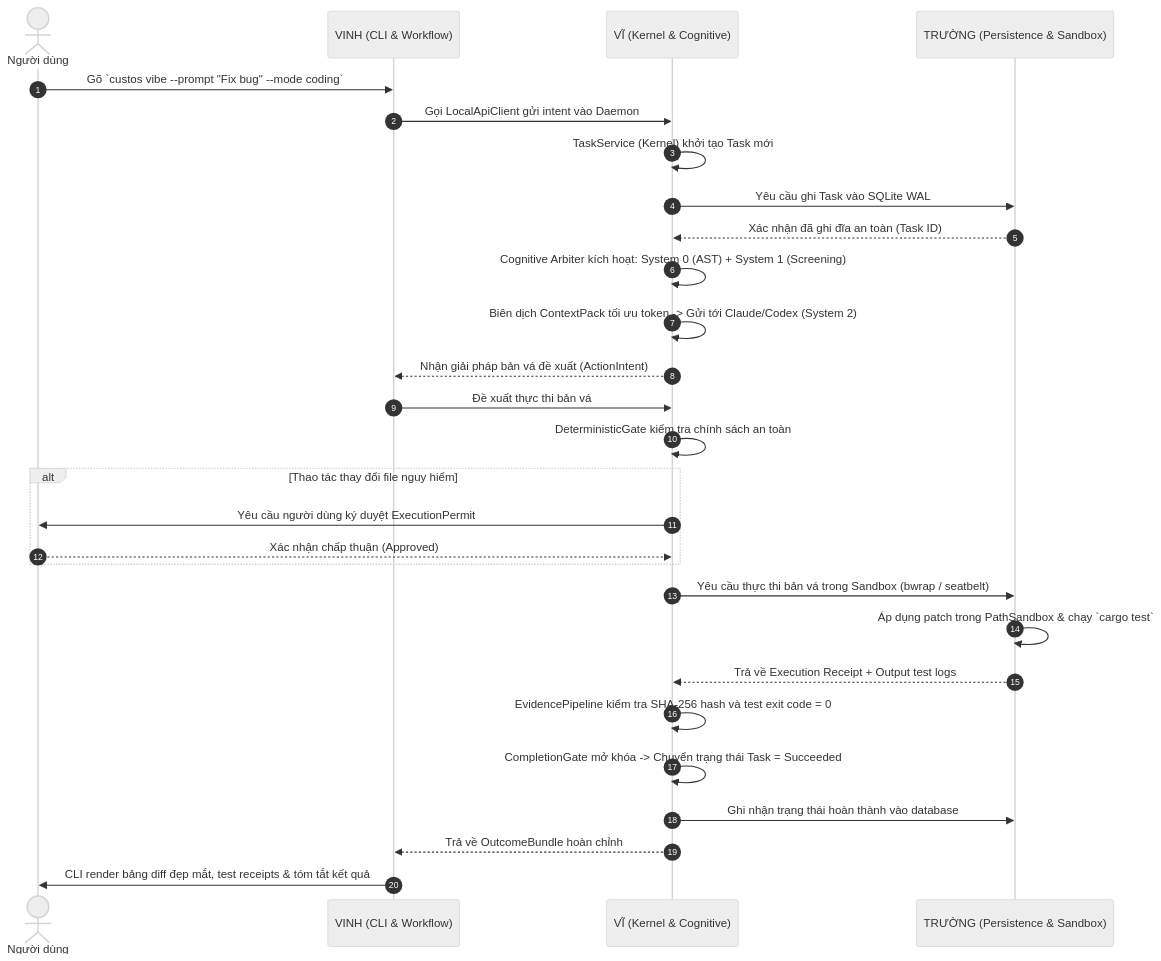
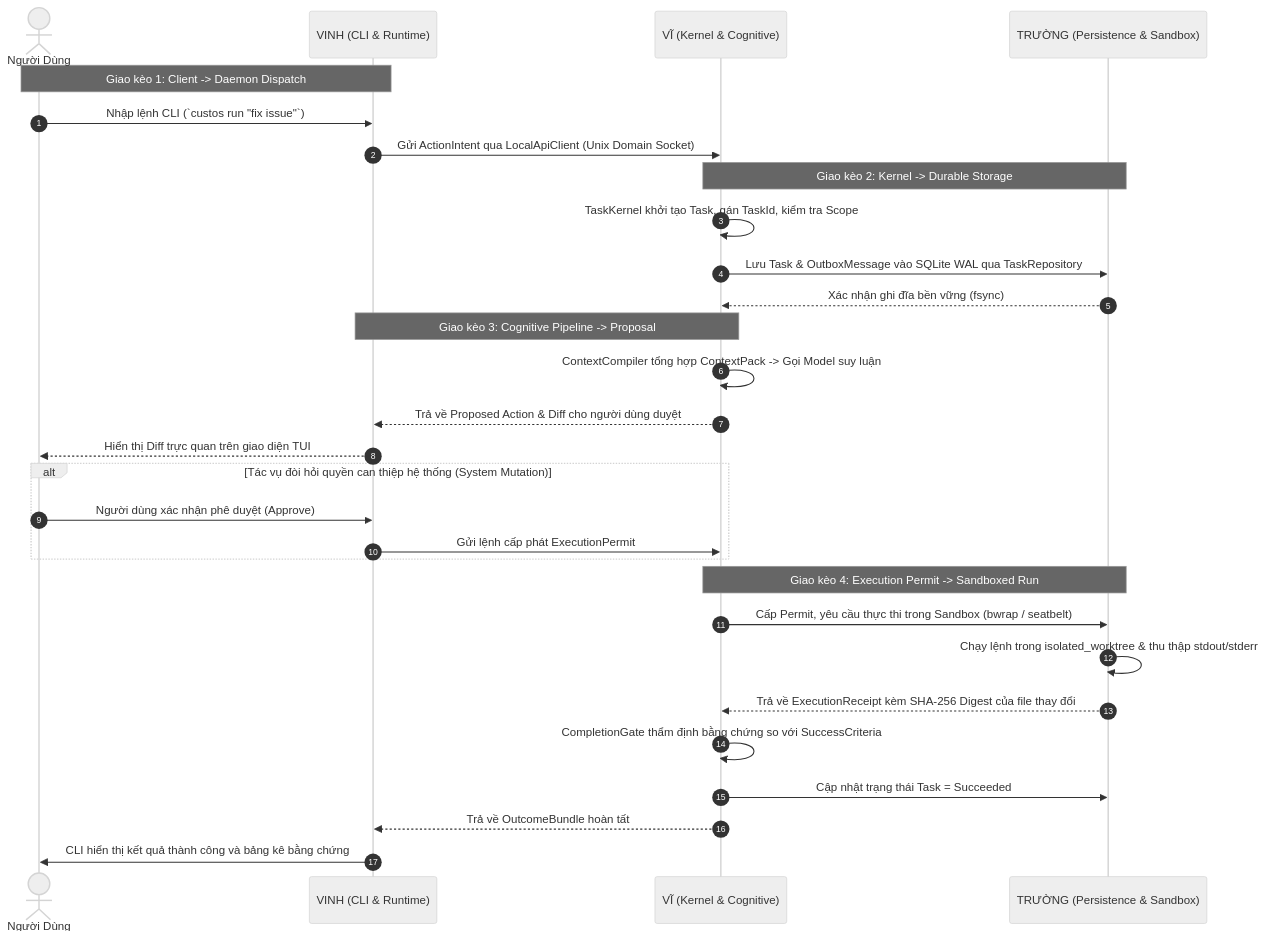
Before and after one commit to civi0411/Custos: the diagram in dev_docs/TEAM_WORK_ALLOCATION.md, drawn with Mermaid (neutral theme). The commit also changed other lines of this file and 11 other files, not shown here.

````diff
--- a/dev_docs/TEAM_WORK_ALLOCATION.md
+++ b/dev_docs/TEAM_WORK_ALLOCATION.md
@@ -136,36 +106,37 @@
 ```mermaid
 sequenceDiagram
     autonumber
-    actor User as Người dùng
-    participant Vinh as VINH (CLI & Workflow)
+    actor User as Người Dùng
+    participant Vinh as VINH (CLI & Runtime)
     participant Vi as VĨ (Kernel & Cognitive)
     participant Truong as TRƯỜNG (Persistence & Sandbox)
 
-    User->>Vinh: Gõ `custos vibe --prompt "Fix bug" --mode coding`
-    Vinh->>Vi: Gọi LocalApiClient gửi intent vào Daemon
-    Vi->>Vi: TaskService (Kernel) khởi tạo Task mới
-    Vi->>Truong: Yêu cầu ghi Task vào SQLite WAL
-    Truong-->>Vi: Xác nhận đã ghi đĩa an toàn (Task ID)
+    Note over User,Vinh: Giao kèo 1: Client -> Daemon Dispatch
+    User->>Vinh: Nhập lệnh CLI (`custos run "fix issue"`)
+    Vinh->>Vi: Gửi ActionIntent qua LocalApiClient (Unix Domain Socket)
     
-    Vi->>Vi: Cognitive Arbiter kích hoạt: System 0 (AST) + System 1 (Screening)
-    Vi->>Vi: Biên dịch ContextPack tối ưu token -> Gửi tới Claude/Codex (System 2)
-    Vi-->>Vinh: Nhận giải pháp bản vá đề xuất (ActionIntent)
-    
-    Vinh->>Vi: Đề xuất thực thi bản vá
-    Vi->>Vi: DeterministicGate kiểm tra chính sách an toàn
-    alt Thao tác thay đổi file nguy hiểm
-        Vi->>User: Yêu cầu người dùng ký duyệt ExecutionPermit
-        User-->>Vi: Xác nhận chấp thuận (Approved)
+    Note over Vi,Truong: Giao kèo 2: Kernel -> Durable Storage
+    Vi->>Vi: TaskKernel khởi tạo Task, gán TaskId, kiểm tra Scope
+    Vi->>Truong: Lưu Task & OutboxMessage vào SQLite WAL qua TaskRepository
+    Truong-->>Vi: Xác nhận ghi đĩa bền vững (fsync)
+
+    Note over Vi,Vinh: Giao kèo 3: Cognitive Pipeline -> Proposal
+    Vi->>Vi: ContextCompiler tổng hợp ContextPack -> Gọi Model suy luận
+    Vi-->>Vinh: Trả về Proposed Action & Diff cho người dùng duyệt
+    Vinh-->>User: Hiển thị Diff trực quan trên giao diện TUI
+
+    alt Tác vụ đòi hỏi quyền can thiệp hệ thống (System Mutation)
+        User->>Vinh: Người dùng xác nhận phê duyệt (Approve)
+        Vinh->>Vi: Gửi lệnh cấp phát ExecutionPermit
     end
-    
-    Vi->>Truong: Yêu cầu thực thi bản vá trong Sandbox (bwrap / seatbelt)
-    Truong->>Truong: Áp dụng patch trong PathSandbox & chạy `cargo test`
-    Truong-->>Vi: Trả về Execution Receipt + Output test logs
-    
-    Vi->>Vi: EvidencePipeline kiểm tra SHA-256 hash và test exit code = 0
-    Vi->>Vi: CompletionGate mở khóa -> Chuyển trạng thái Task = Succeeded
-    Vi->>Truong: Ghi nhận trạng thái hoàn thành vào database
-    
-    Vi-->>Vinh: Trả về OutcomeBundle hoàn chỉnh
-    Vinh->>User: CLI render bảng diff đẹp mắt, test receipts & tóm tắt kết quả
+
+    Note over Vi,Truong: Giao kèo 4: Execution Permit -> Sandboxed Run
+    Vi->>Truong: Cấp Permit, yêu cầu thực thi trong Sandbox (bwrap / seatbelt)
+    Truong->>Truong: Chạy lệnh trong isolated_worktree & thu thập stdout/stderr
+    Truong-->>Vi: Trả về ExecutionReceipt kèm SHA-256 Digest của file thay đổi
+
+    Vi->>Vi: CompletionGate thẩm định bằng chứng so với SuccessCriteria
+    Vi->>Truong: Cập nhật trạng thái Task = Succeeded
+    Vi-->>Vinh: Trả về OutcomeBundle hoàn tất
+    Vinh->>User: CLI hiển thị kết quả thành công và bảng kê bằng chứng
 ```
````
